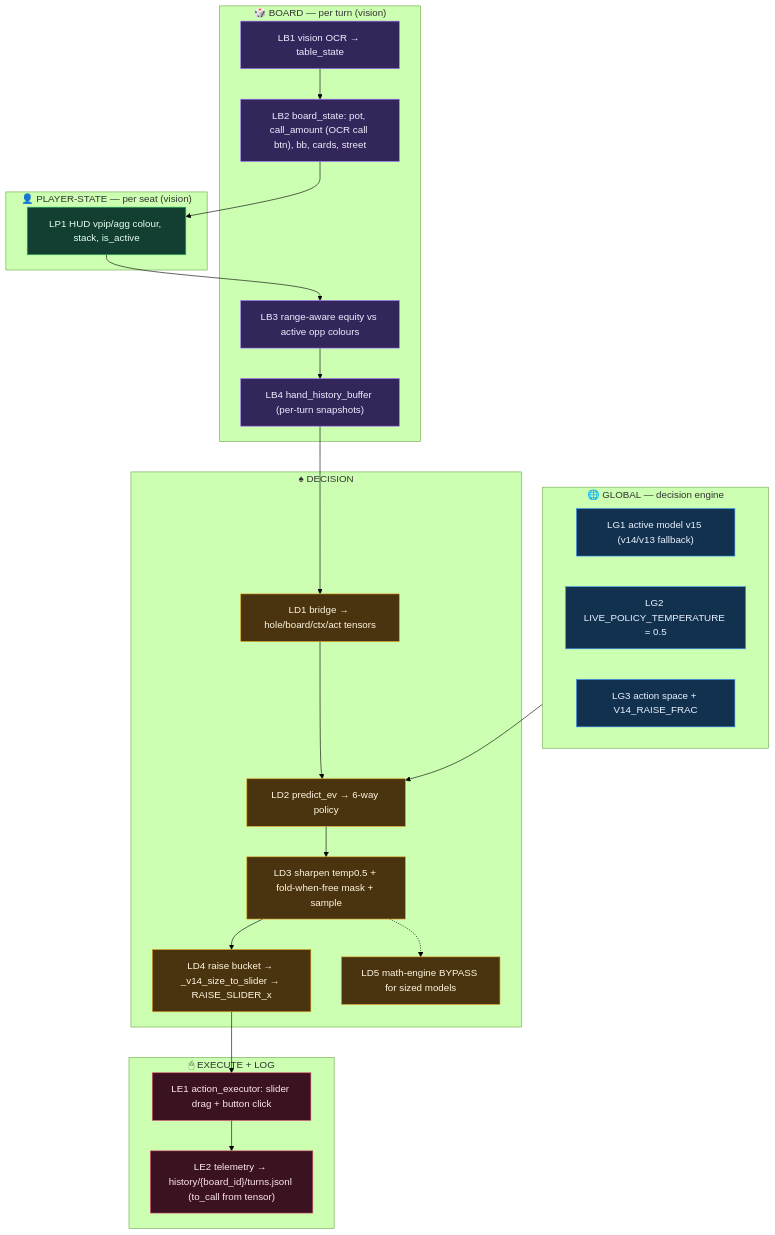
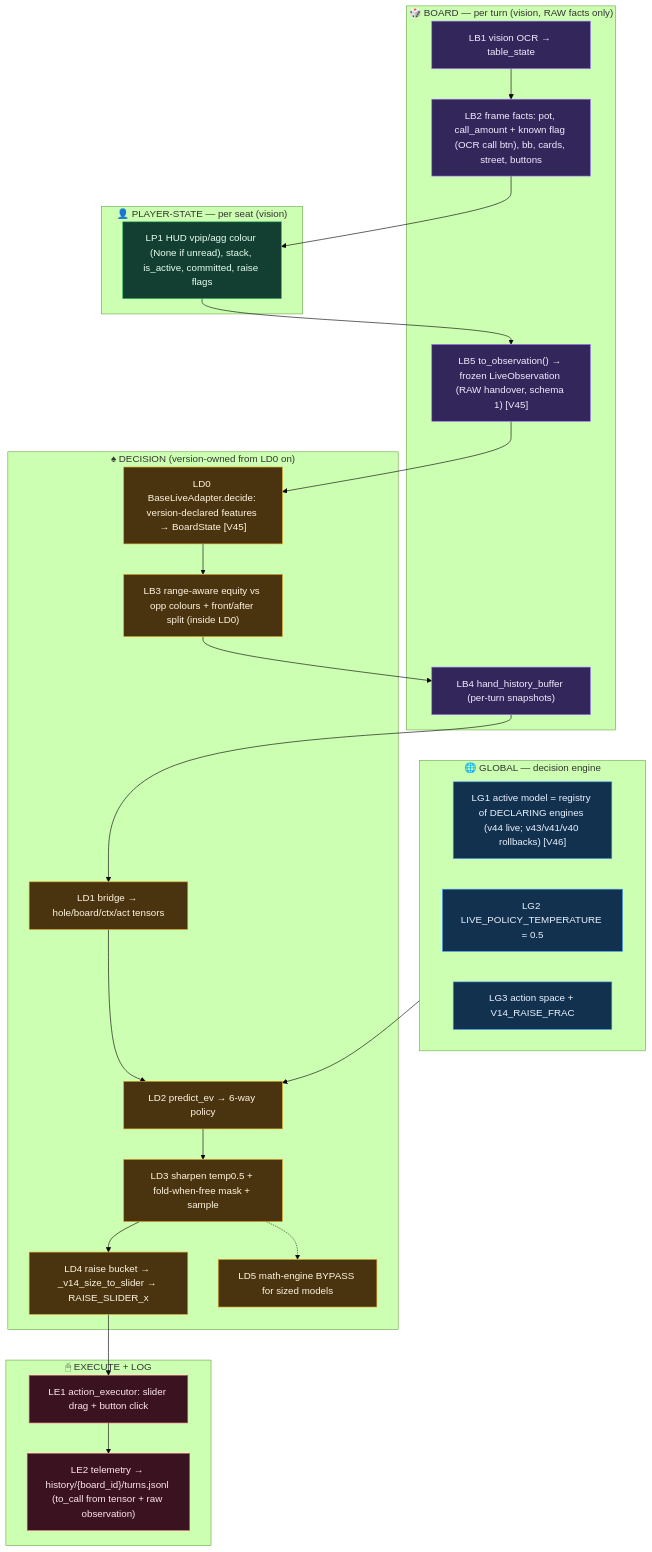
One commit to Zwonkie/AIPoker changed the second of 2 diagrams in .agents/skills/OFK/references/pipeline-flow.md. Above: the diagram before and after it, drawn with Mermaid (forest theme). The commit also changed other lines of this file and 68 other files, not shown here.

Commit message:
feat: implement v47 version with comprehensive model verification, self-play simulator, and Nash equilibrium push/fold diagnostics.

````diff
--- a/.agents/skills/OFK/references/pipeline-flow.md
+++ b/.agents/skills/OFK/references/pipeline-flow.md
@@ -91,44 +92,47 @@
 ```mermaid
 flowchart TD
     subgraph LGLOBAL["🌐 GLOBAL — decision engine"]
-        LG1["LG1 active model v15 (v14/v13 fallback)"]
+        LG1["LG1 active model = registry of DECLARING engines (v44 live; v43/v41/v40 rollbacks) [V46]"]
         LG2["LG2 LIVE_POLICY_TEMPERATURE = 0.5"]
         LG3["LG3 action space + V14_RAISE_FRAC"]
     end
-    subgraph LBOARD["🎲 BOARD — per turn (vision)"]
+    subgraph LBOARD["🎲 BOARD — per turn (vision, RAW facts only)"]
         LB1["LB1 vision OCR → table_state"]
-        LB2["LB2 board_state: pot, call_amount (OCR call btn), bb, cards, street"]
-        LB3["LB3 range-aware equity vs active opp colours"]
+        LB2["LB2 frame facts: pot, call_amount + known flag (OCR call btn), bb, cards, street, buttons"]
+        LB5["LB5 to_observation() → frozen LiveObservation (RAW handover, schema 1) [V45]"]
         LB4["LB4 hand_history_buffer (per-turn snapshots)"]
     end
     subgraph LPLAYER["👤 PLAYER-STATE — per seat (vision)"]
-        LP1["LP1 HUD vpip/agg colour, stack, is_active"]
+        LP1["LP1 HUD vpip/agg colour (None if unread), stack, is_active, committed, raise flags"]
     end
-    subgraph LDEC["♠ DECISION"]
+    subgraph LDEC["♠ DECISION (version-owned from LD0 on)"]
+        LD0["LD0 BaseLiveAdapter.decide: version-declared features → BoardState [V45]"]
+        LB3["LB3 range-aware equity vs opp colours + front/after split (inside LD0)"]
         LD1["LD1 bridge → hole/board/ctx/act tensors"]
         LD2["LD2 predict_ev → 6-way policy"]
         LD3["LD3 sharpen temp0.5 + fold-when-free mask + sample"]
         LD4["LD4 raise bucket → _v14_size_to_slider → RAISE_SLIDER_x"]
         LD5["LD5 math-engine BYPASS for sized models"]
     end
     subgraph LEXE["🖱 EXECUTE + LOG"]
         LE1["LE1 action_executor: slider drag + button click"]
-        LE2["LE2 telemetry → history/{board_id}/turns.jsonl (to_call from tensor)"]
+        LE2["LE2 telemetry → history/{board_id}/turns.jsonl (to_call from tensor + raw observation)"]
     end
 
-    LB1 --> LB2 --> LP1 --> LB3 --> LB4 --> LD1
+    LB1 --> LB2 --> LP1 --> LB5 --> LD0
+    LD0 --> LB3 --> LB4 --> LD1
     LGLOBAL --> LD2
     LD1 --> LD2 --> LD3 --> LD4 --> LE1 --> LE2
     LD3 -.-> LD5
 
     classDef g fill:#12314f,stroke:#4a9eff,color:#eaf2ff;
     classDef b fill:#33265a,stroke:#a06fff,color:#f2ecff;
     classDef p fill:#123f31,stroke:#2eb85c,color:#e7fff2;
     classDef d fill:#4a3410,stroke:#e0a020,color:#fff6e0;
     classDef e fill:#3a1220,stroke:#e05070,color:#ffe6ee;
     class LG1,LG2,LG3 g;
-    class LB1,LB2,LB3,LB4 b;
+    class LB1,LB2,LB5,LB4 b;
     class LP1 p;
-    class LD1,LD2,LD3,LD4,LD5 d;
+    class LD0,LB3,LD1,LD2,LD3,LD4,LD5 d;
     class LE1,LE2 e;
 ```
````
